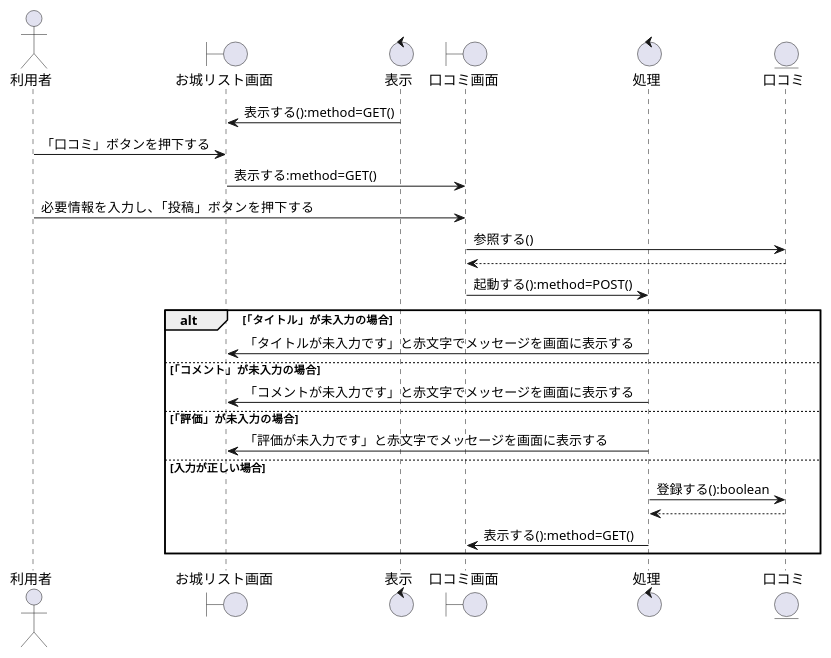
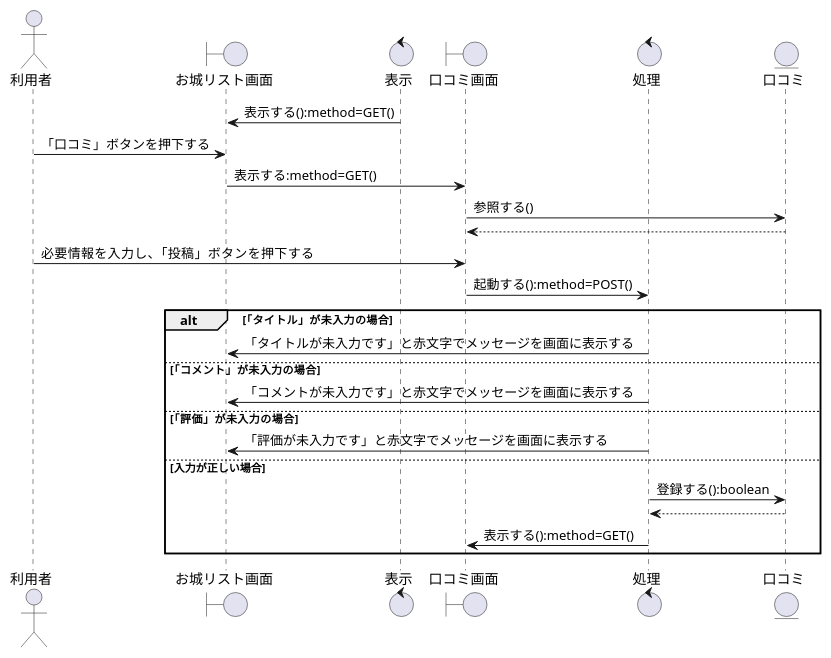
One commit to K-Rinrin/GroupE changed the diagram in お城/お城/設計書/シーケンス図/利用者/口コミ機能/シーケンス図_利用者が口コミを投稿する.pu. Above: the diagram before and after it, drawn with PlantUML. The commit also changed other lines of this file and 2 other files, not shown here.

```diff
--- a/お城/お城/設計書/シーケンス図/利用者/口コミ機能/シーケンス図_利用者が口コミを投稿する.pu
+++ b/お城/お城/設計書/シーケンス図/利用者/口コミ機能/シーケンス図_利用者が口コミを投稿する.pu
@@ -1,44 +1,44 @@
 @startuml 利用者が口コミを投稿する
 
 
 ' ========================================
 ' 登場モノの定義
 ' ========================================
 actor "利用者" as User
 boundary "お城リスト画面" as b1
 control "表示" as c1
 boundary "口コミ画面" as b2
 control "処理" as c2
 entity "口コミ" as e1
 
 ' ========================================
 ' シーケンスの流れ
 ' ========================================
 c1 -> b1   : 表示する():method=GET()
 User -> b1 : 「口コミ」ボタンを押下する
 b1 -> b2   : 表示する:method=GET()
-
-User -> b2 : 必要情報を入力し、「投稿」ボタンを押下する
 b2 -> e1   : 参照する()
 b2 <-- e1
+User -> b2 : 必要情報を入力し、「投稿」ボタンを押下する
+
 b2 -> c2   : 起動する():method=POST()
 
 alt 「タイトル」が未入力の場合
     c2 -> b1 : 「タイトルが未入力です」と赤文字でメッセージを画面に表示する
 
 else 「コメント」が未入力の場合
     c2 -> b1 : 「コメントが未入力です」と赤文字でメッセージを画面に表示する
 
 else 「評価」が未入力の場合
     c2 -> b1 : 「評価が未入力です」と赤文字でメッセージを画面に表示する
 
 else 入力が正しい場合
     c2 ->  e1 : 登録する():boolean
     c2 <-- e1
     c2 -> b2 : 表示する():method=GET()
         
 end
 
 
 
 @enduml
```
